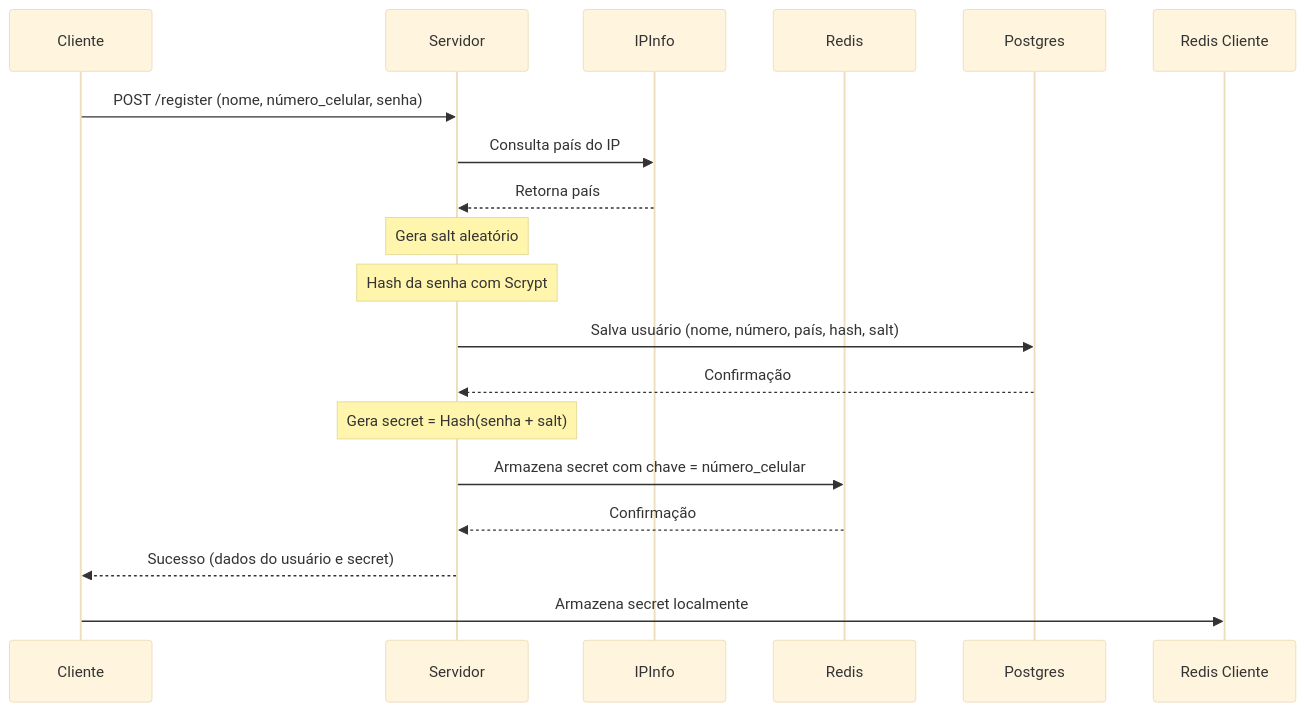
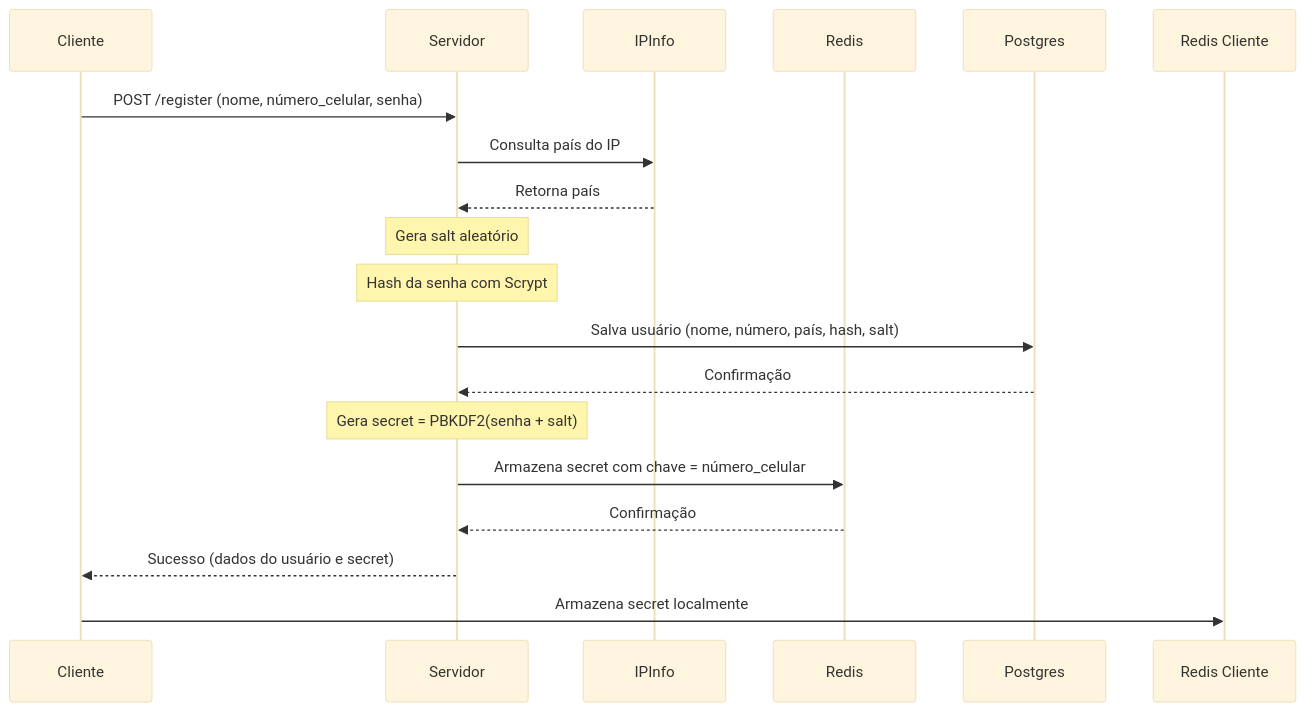
The first of 3 diagrams in README.md (lgahdl/3fa-server-and-client), drawn with Mermaid (base theme) before and after one commit. The commit also changed other lines of this file and 4 other files, not shown here.

````diff
--- a/README.md
+++ b/README.md
@@ -159,27 +155,27 @@
 ```mermaid
 sequenceDiagram
     participant Cliente
     participant Servidor
     participant IPInfo
     participant Redis
     participant Postgres
 
     Cliente->>Servidor: POST /register (nome, número_celular, senha)
     Servidor->>IPInfo: Consulta país do IP
     IPInfo-->>Servidor: Retorna país
     
     Note over Servidor: Gera salt aleatório
     Note over Servidor: Hash da senha com Scrypt
     
     Servidor->>Postgres: Salva usuário (nome, número, país, hash, salt)
     Postgres-->>Servidor: Confirmação
     
-    Note over Servidor: Gera secret = Hash(senha + salt)
+    Note over Servidor: Gera secret = PBKDF2(senha + salt)
     
     Servidor->>Redis: Armazena secret com chave = número_celular
     Redis-->>Servidor: Confirmação
     
     Servidor-->>Cliente: Sucesso (dados do usuário e secret)
     
     Cliente->>Redis Cliente: Armazena secret localmente
 ```
````
